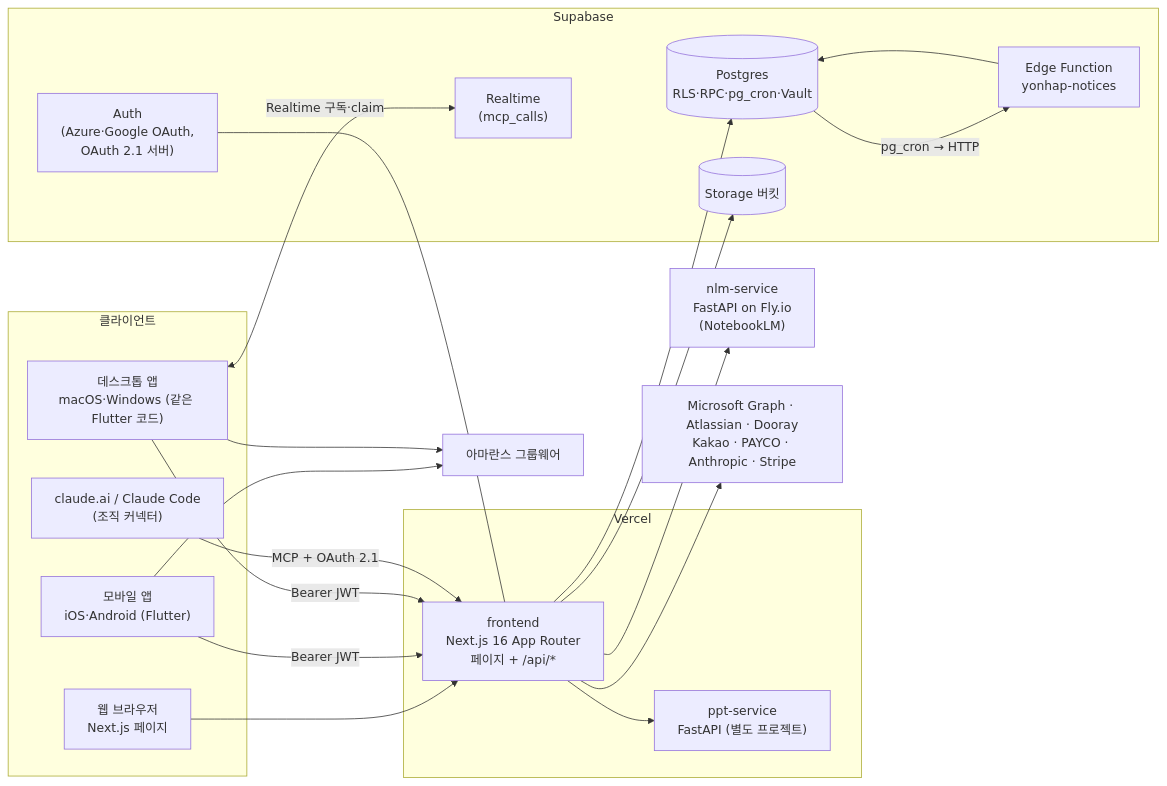
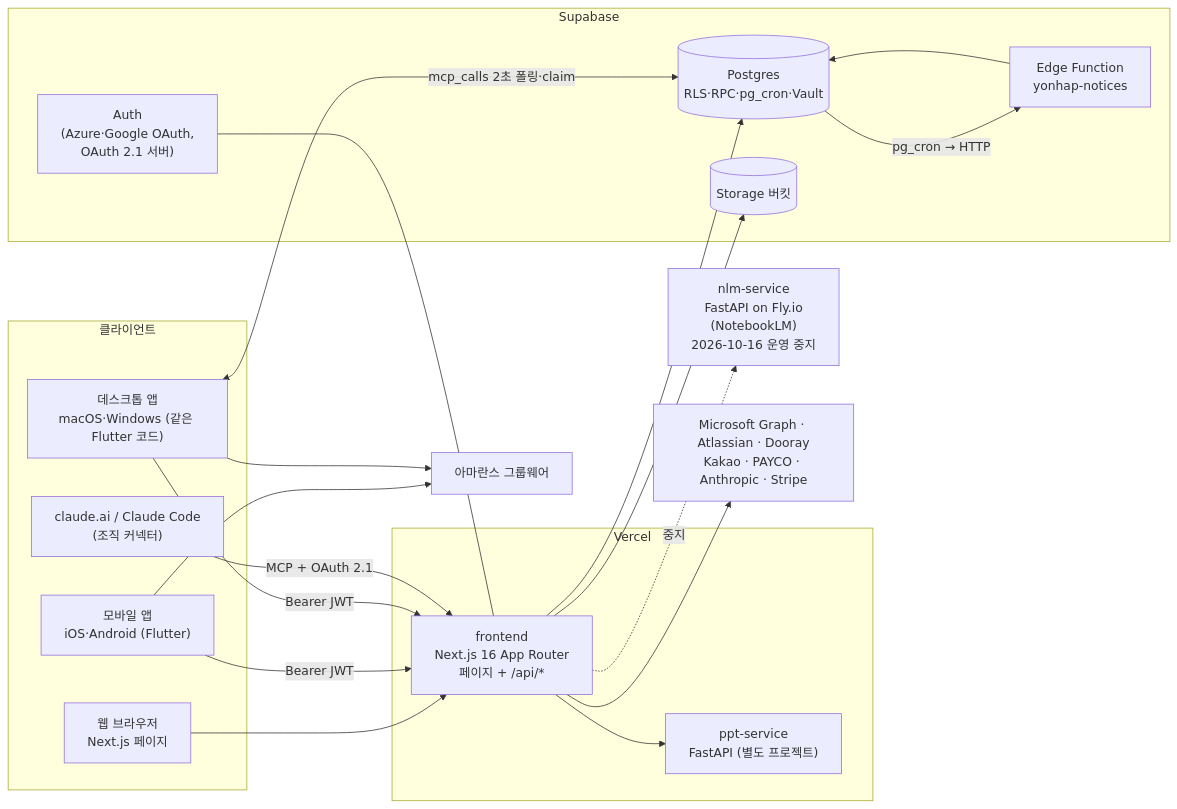
The first of 6 diagrams in docs/architecture.md (abraxas73/inje-playground), drawn with Mermaid before and after one commit. The commit also changed other lines of this file and 6 other files, not shown here.

````diff
--- a/docs/architecture.md
+++ b/docs/architecture.md
@@ -40,42 +40,41 @@
 ```mermaid
 flowchart LR
   subgraph Clients["클라이언트"]
     WEB["웹 브라우저<br/>Next.js 페이지"]
     APP["모바일 앱<br/>iOS·Android (Flutter)"]
     DESK["데스크톱 앱<br/>macOS·Windows (같은 Flutter 코드)"]
     CLAUDE["claude.ai / Claude Code<br/>(조직 커넥터)"]
   end
 
   subgraph Vercel["Vercel"]
     FE["frontend<br/>Next.js 16 App Router<br/>페이지 + /api/*"]
     PPT["ppt-service<br/>FastAPI (별도 프로젝트)"]
   end
 
   subgraph Supa["Supabase"]
     DB[("Postgres<br/>RLS·RPC·pg_cron·Vault")]
     AUTH["Auth<br/>(Azure·Google OAuth,<br/>OAuth 2.1 서버)"]
     ST[("Storage 버킷")]
-    RT["Realtime<br/>(mcp_calls)"]
     EF["Edge Function<br/>yonhap-notices"]
   end
 
-  FLY["nlm-service<br/>FastAPI on Fly.io<br/>(NotebookLM)"]
+  FLY["nlm-service<br/>FastAPI on Fly.io<br/>(NotebookLM)<br/>2026-10-16 운영 중지"]
   GW["아마란스 그룹웨어"]
   EXT["Microsoft Graph · Atlassian · Dooray<br/>Kakao · PAYCO · Anthropic · Stripe"]
 
   WEB --> FE
   APP -->|"Bearer JWT"| FE
   DESK -->|"Bearer JWT"| FE
   CLAUDE -->|"MCP + OAuth 2.1"| FE
   APP --> GW
   DESK --> GW
-  DESK <-->|"Realtime 구독·claim"| RT
+  DESK <-->|"mcp_calls 2초 폴링·claim"| DB
   FE --> DB
   FE --> ST
   FE --> PPT
-  FE --> FLY
+  FE -.->|"중지"| FLY
   FE --> EXT
   AUTH --- FE
   EF --> DB
   DB -->|"pg_cron → HTTP"| EF
 ```
````
